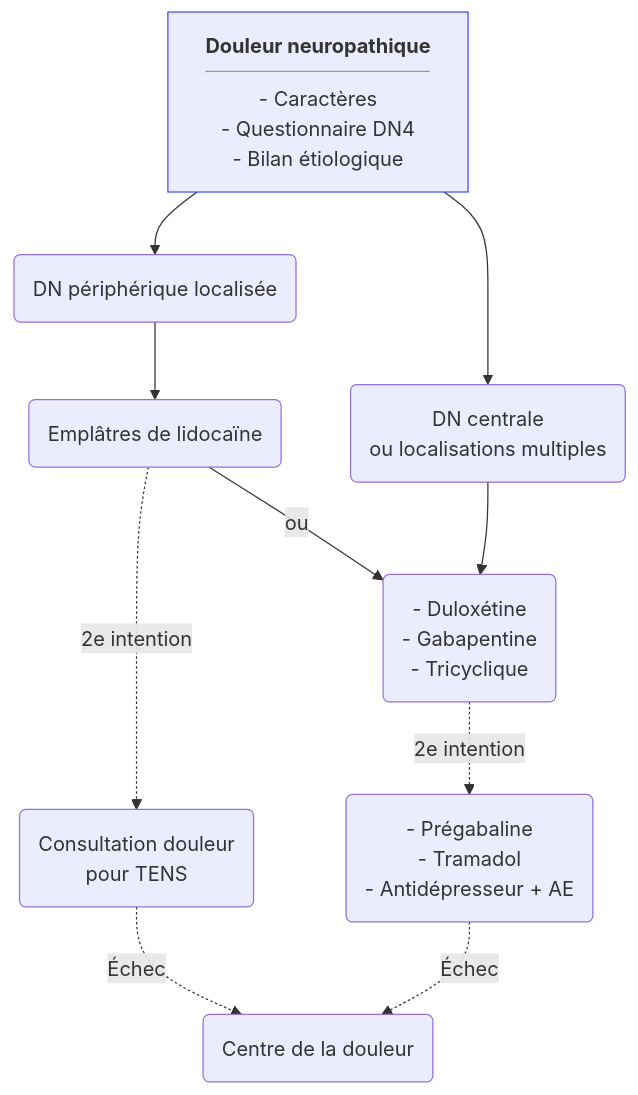
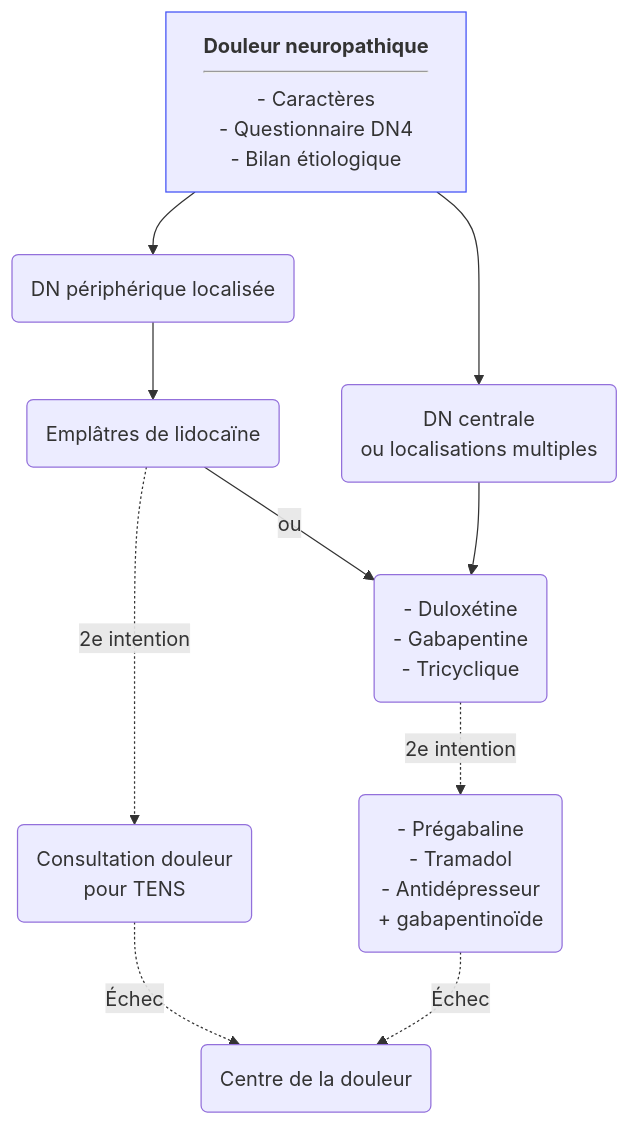
Before and after one commit to djibe/recommandations-medicales: the diagram in content/recommandations/douleur-neuropathique.md, drawn with Mermaid. The commit also changed other lines of this file, not shown here.

```diff
--- a/content/recommandations/douleur-neuropathique.md
+++ b/content/recommandations/douleur-neuropathique.md
@@ -144,10 +153,10 @@
 {{< mermaid title="Algorithme thérapeutique proposé pour la prise en charge de la douleur neuropathique de l'adulte. Dr JB FRON d'après SFETD 2020" >}}
 graph TB
   DN["<b>Douleur neuropathique</b><hr>- Caractères<br>- Questionnaire DN4<br>- Bilan étiologique"]
   style DN stroke:#4150f5, stroke-width:1px
     DN --> localisee(DN périphérique localisée) --> locLigne1(Emplâtres de lidocaïne)
       locLigne1 -. 2e intention .-> TENS("Consultation douleur<br>pour TENS") -. Échec .-> centre(Centre de la douleur)
       locLigne1 -- ou --> autreLigne1
     DN --> autre(DN centrale<br>ou localisations multiples) --> autreLigne1("- Duloxétine<br>- Gabapentine<br>- Tricyclique")
-      autreLigne1 -. 2e intention .-> autreLigne2("- Prégabaline<br>- Tramadol<br>- Antidépresseur + AE") -. Échec .-> centre
+      autreLigne1 -. 2e intention .-> autreLigne2("- Prégabaline<br>- Tramadol<br>- Antidépresseur<br>+ gabapentinoïde") -. Échec .-> centre
 {{< /mermaid >}}
```
